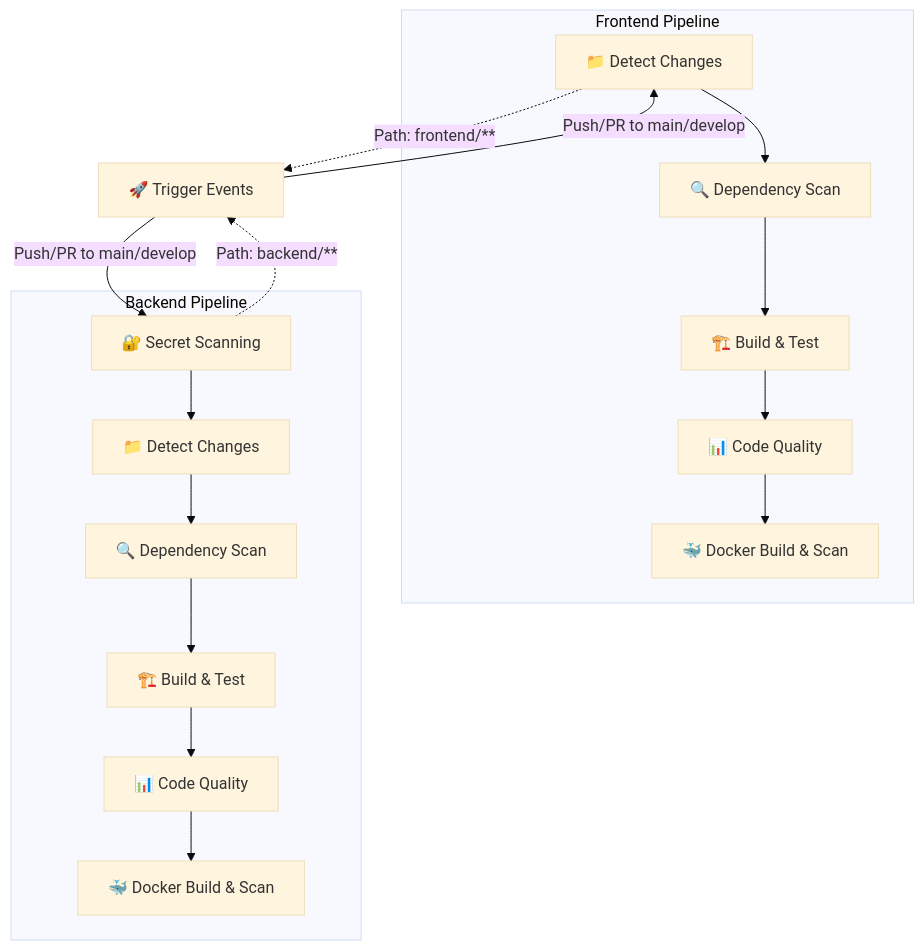
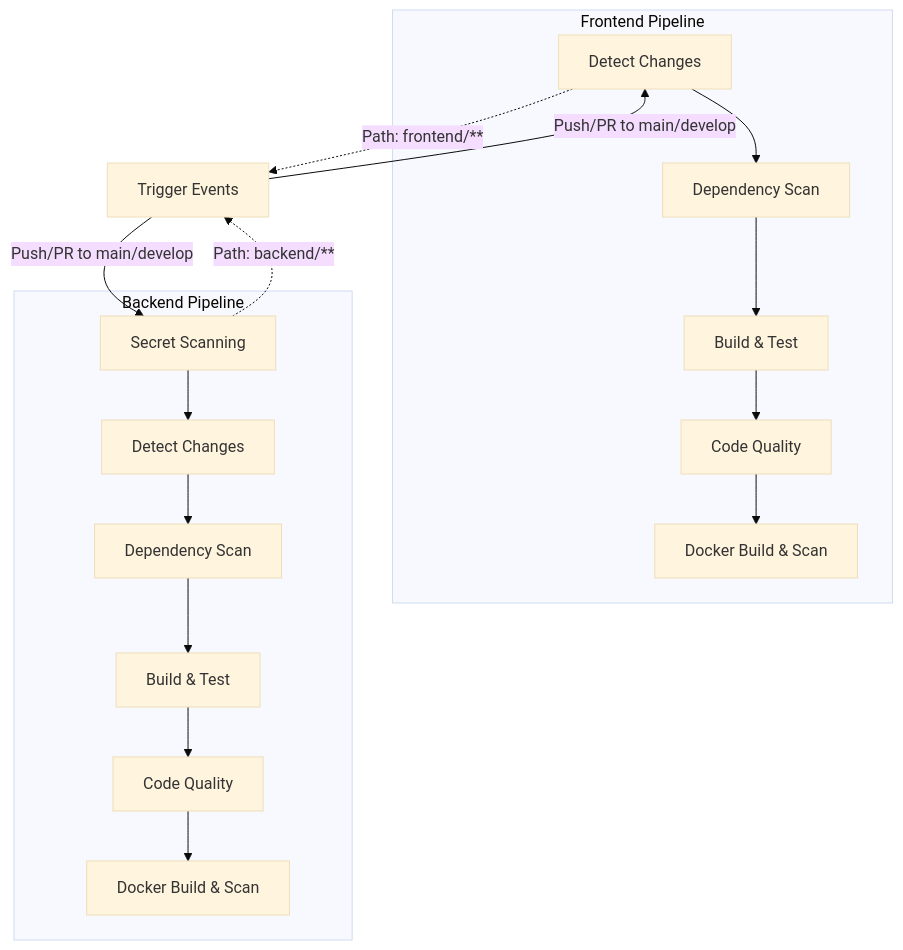
One commit to Abdu-khaled/Konecta-ERP-System changed the diagram in .github/workflows/README.md. Above: the diagram before and after it, drawn with Mermaid (base theme). The commit also changed other lines of this file, not shown here.

````diff
--- a/.github/workflows/README.md
+++ b/.github/workflows/README.md
@@ -44,23 +44,23 @@
 ```mermaid
 graph TB
     subgraph "Frontend Pipeline"
-        A1[📁 Detect Changes] --> A2[🔍 Dependency Scan]
-        A2 --> A3[🏗️ Build & Test]
-        A3 --> A4[📊 Code Quality]
-        A4 --> A5[🐳 Docker Build & Scan]
+        A1[Detect Changes] --> A2[Dependency Scan]
+        A2 --> A3[Build & Test]
+        A3 --> A4[Code Quality]
+        A4 --> A5[Docker Build & Scan]
     end
     
     subgraph "Backend Pipeline"
-        B1[🔐 Secret Scanning] --> B2[📁 Detect Changes]
-        B2 --> B3[🔍 Dependency Scan]
-        B3 --> B4[🏗️ Build & Test]
-        B4 --> B5[📊 Code Quality]
-        B5 --> B6[🐳 Docker Build & Scan]
+        B1[Secret Scanning] --> B2[Detect Changes]
+        B2 --> B3[Dependency Scan]
+        B3 --> B4[Build & Test]
+        B4 --> B5[Code Quality]
+        B5 --> B6[Docker Build & Scan]
     end
     
-    A1 -.->|Path: frontend/**| Trigger[🚀 Trigger Events]
+    A1 -.->|Path: frontend/**| Trigger[Trigger Events]
     B1 -.->|Path: backend/**| Trigger
     
     Trigger --> |Push/PR to main/develop| A1
     Trigger --> |Push/PR to main/develop| B1
 ```
````
